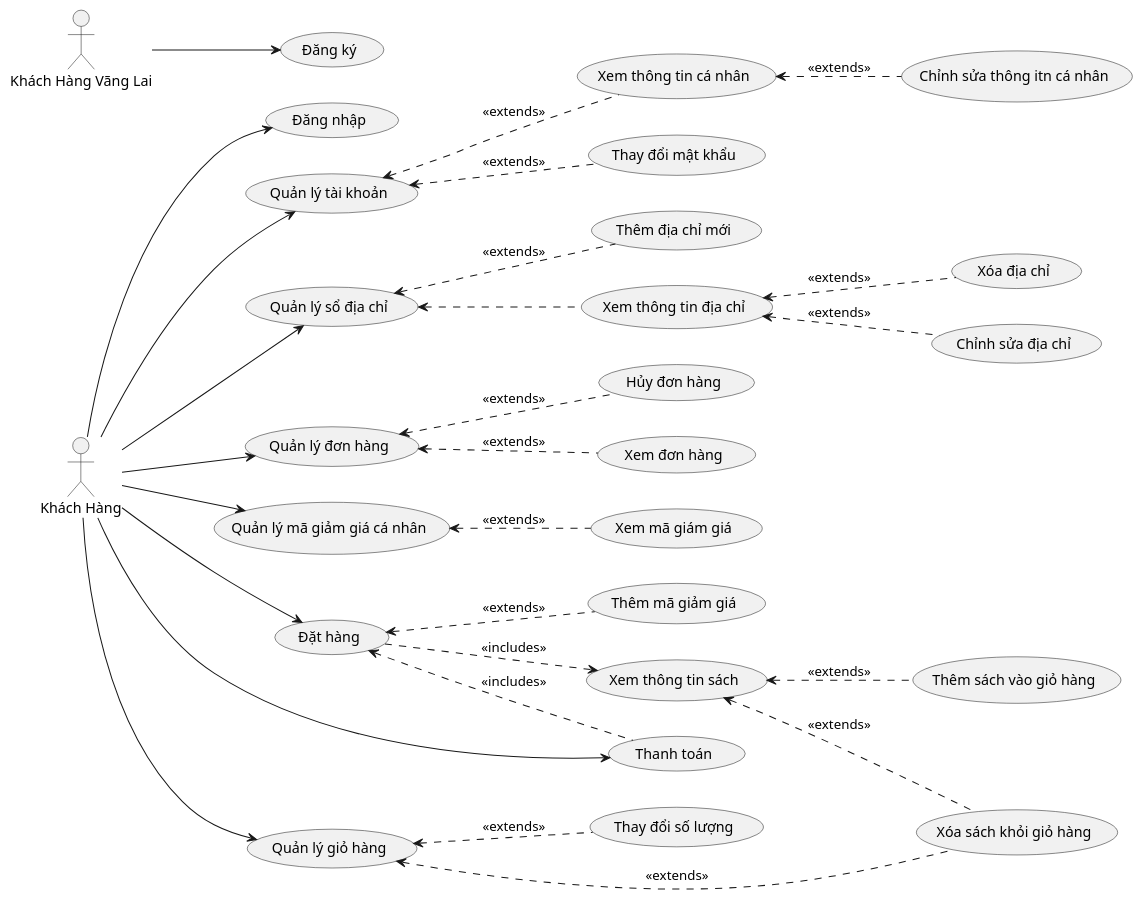
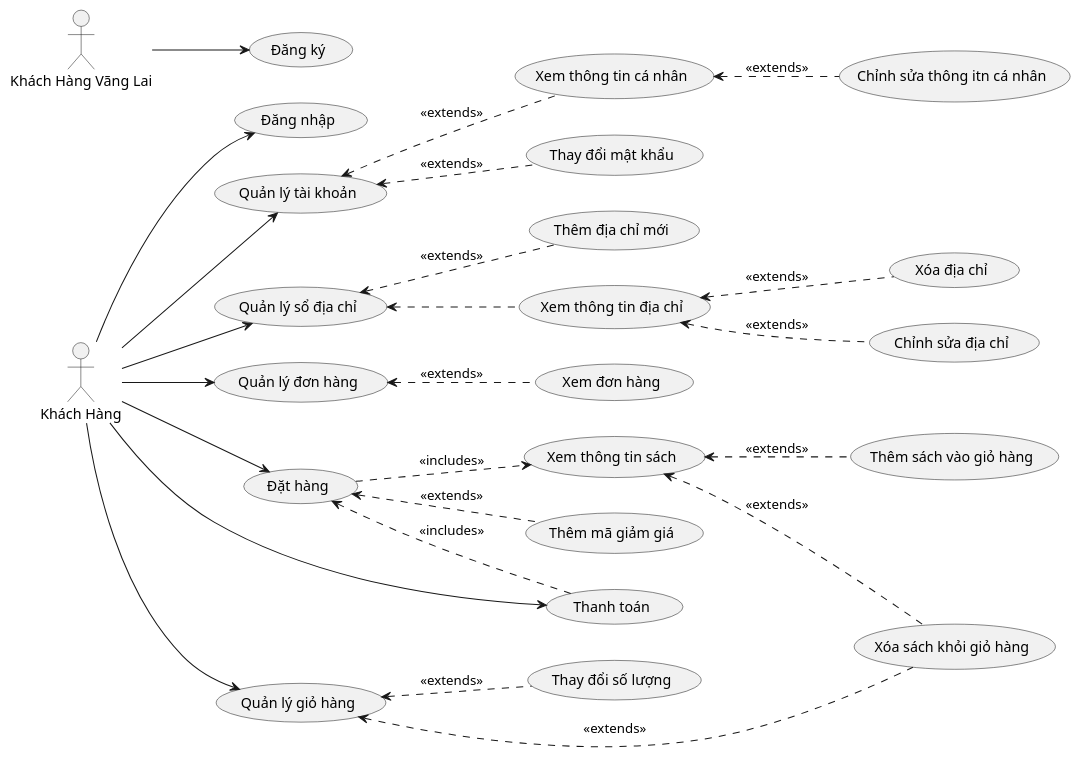
One commit to B5u2423/Bookstore-Website changed the diagram in docs/diagrams/Usecase/customer/khach-hang.wsd. Above: the diagram before and after it, drawn with PlantUML. The commit also changed 2 other files, not shown here.

```diff
--- a/docs/diagrams/Usecase/customer/khach-hang.wsd
+++ b/docs/diagrams/Usecase/customer/khach-hang.wsd
@@ -1,40 +1,36 @@
 @startuml uc_customer
 
 left to right direction
 
 actor "Khách Hàng" as KH
 actor "Khách Hàng Vãng Lai" as KHVL
 
 KH --> (Đăng nhập)
 KHVL --> (Đăng ký)
 KH --> (Quản lý tài khoản)
 (Quản lý tài khoản) <.. (Thay đổi mật khẩu) : <<extends>>
 (Quản lý tài khoản) <.. (Xem thông tin cá nhân) : <<extends>>
 (Xem thông tin cá nhân) <.. (Chỉnh sửa thông itn cá nhân) : <<extends>>
 
 KH --> (Quản lý sổ địa chỉ)
 (Quản lý sổ địa chỉ) <.. (Xem thông tin địa chỉ)
 (Quản lý sổ địa chỉ) <.. (Thêm địa chỉ mới) : <<extends>>
 (Xem thông tin địa chỉ)<.. (Xóa địa chỉ) : <<extends>>
 (Xem thông tin địa chỉ) <.. (Chỉnh sửa địa chỉ) : <<extends>>
 
 KH --> (Quản lý đơn hàng)
 (Quản lý đơn hàng) <.. (Xem đơn hàng) : <<extends>>
-(Quản lý đơn hàng) <.. (Hủy đơn hàng) : <<extends>>
-
-KH --> (Quản lý mã giảm giá cá nhân)
-(Quản lý mã giảm giá cá nhân) <.. (Xem mã giám giá) : <<extends>>
 
 KH --> (Đặt hàng)
 KH --> (Thanh toán)
 (Đặt hàng) ..> (Xem thông tin sách) : <<includes>>
 (Đặt hàng) <.. (Thêm mã giảm giá) : <<extends>>
 (Đặt hàng) <.. (Thanh toán) : <<includes>>
 (Xem thông tin sách) <.. (Thêm sách vào giỏ hàng) : <<extends>>
 (Xem thông tin sách) <.. (Xóa sách khỏi giỏ hàng) : <<extends>>
 
 KH --> (Quản lý giỏ hàng)
 (Quản lý giỏ hàng) <.. (Xóa sách khỏi giỏ hàng) : <<extends>>
 (Quản lý giỏ hàng) <.. (Thay đổi số lượng) : <<extends>>
 
 @enduml
```
